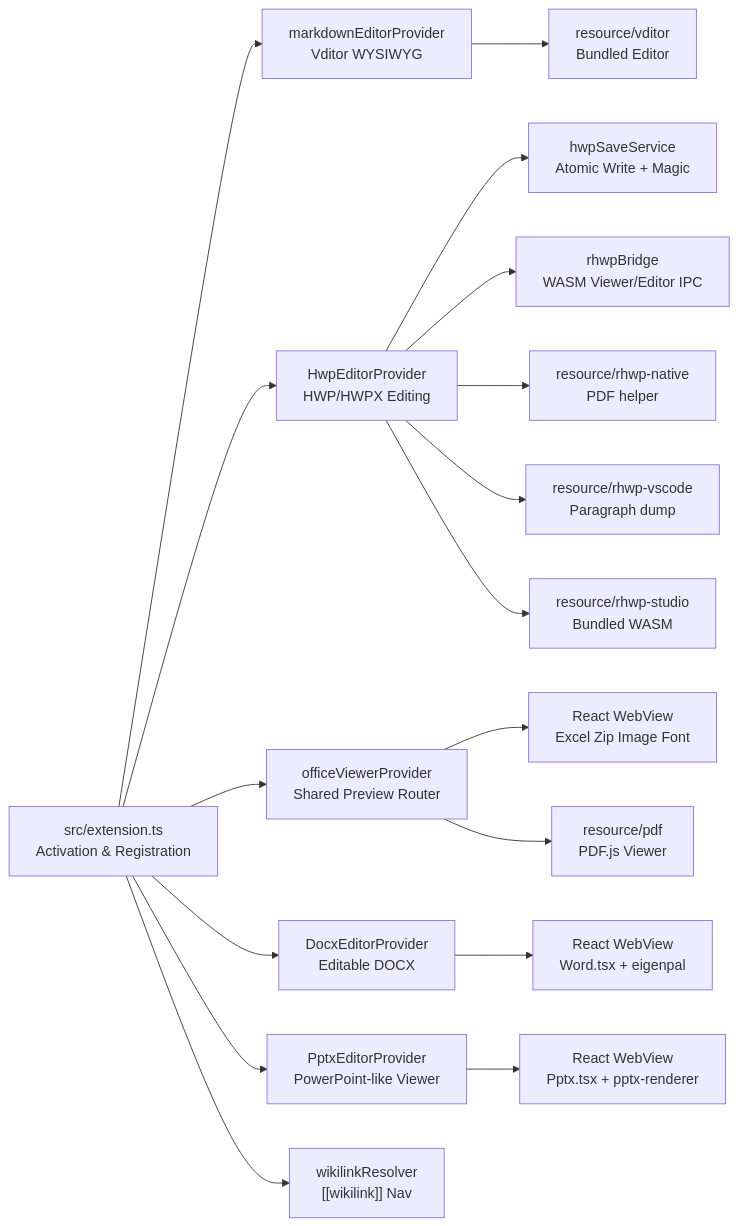
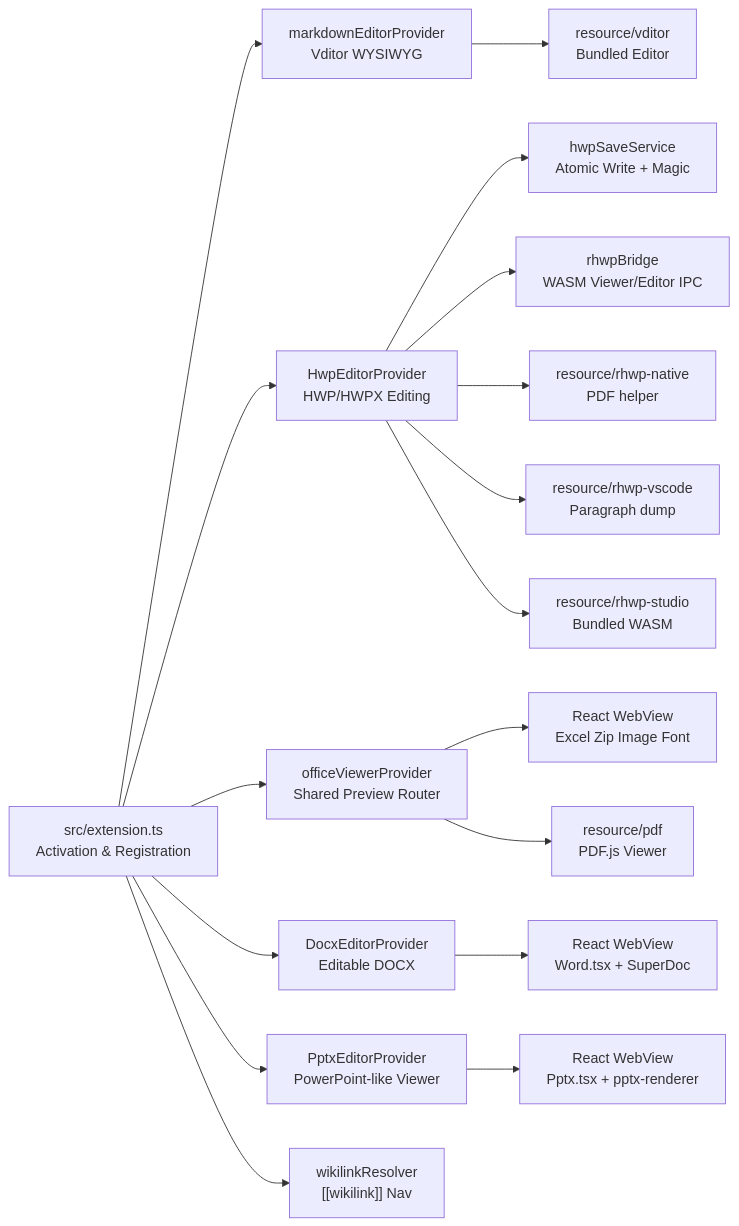
Before and after one commit to lidge-jun/code-office: the diagram in structure/00-structure-hub.md, drawn with Mermaid. The commit also changed other lines of this file and 2 other files, not shown here.

Commit message:
docs(structure): refresh architecture and devlog map

````diff
--- a/structure/00-structure-hub.md
+++ b/structure/00-structure-hub.md
@@ -20,19 +20,19 @@
 ```mermaid
 graph LR
     EXT["src/extension.ts<br/>Activation & Registration"] --> MD["markdownEditorProvider<br/>Vditor WYSIWYG"]
     EXT --> HWP["HwpEditorProvider<br/>HWP/HWPX Editing"]
     EXT --> OV["officeViewerProvider<br/>Shared Preview Router"]
     EXT --> DOCX["DocxEditorProvider<br/>Editable DOCX"]
     EXT --> PPTX["PptxEditorProvider<br/>PowerPoint-like Viewer"]
     EXT --> WL["wikilinkResolver<br/>[[wikilink]] Nav"]
     HWP --> SAVE["hwpSaveService<br/>Atomic Write + Magic"]
     HWP --> BRIDGE["rhwpBridge<br/>WASM Viewer/Editor IPC"]
     HWP --> NATIVEPDF["resource/rhwp-native<br/>PDF helper"]
     HWP --> RHWPV["resource/rhwp-vscode<br/>Paragraph dump"]
     OV --> REACT["React WebView<br/>Excel Zip Image Font"]
-    DOCX --> WORD["React WebView<br/>Word.tsx + eigenpal"]
+    DOCX --> WORD["React WebView<br/>Word.tsx + SuperDoc"]
     PPTX --> SLIDES["React WebView<br/>Pptx.tsx + pptx-renderer"]
     MD --> VDITOR["resource/vditor<br/>Bundled Editor"]
     HWP --> RHWP["resource/rhwp-studio<br/>Bundled WASM"]
     OV --> PDF["resource/pdf<br/>PDF.js Viewer"]
 ```
````
